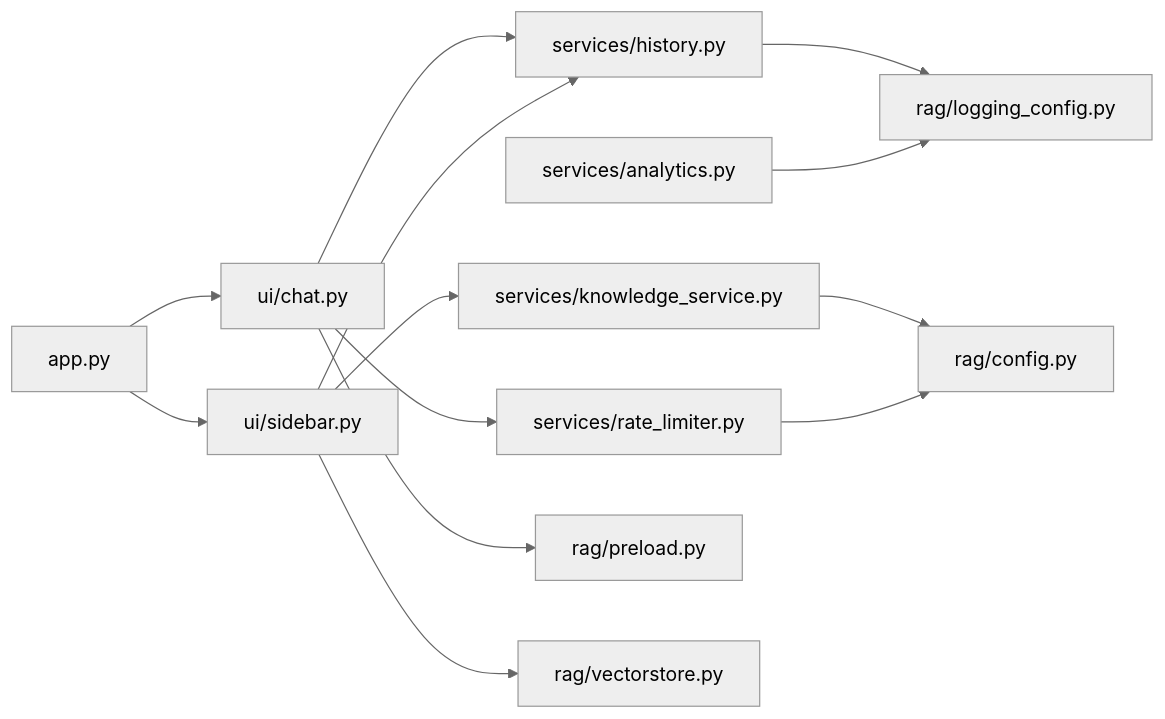
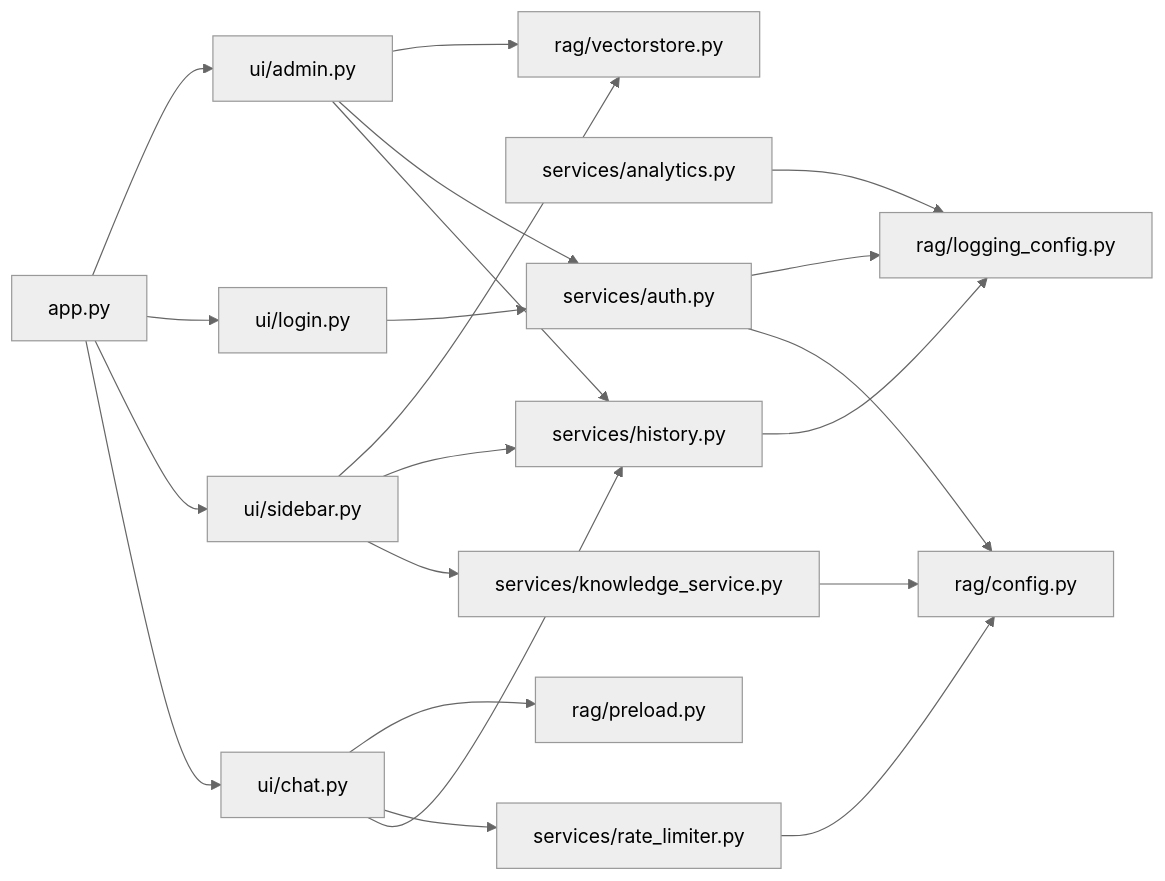
One commit to joyafa/knowledge changed the ninth of 9 diagrams in .qoder/repowiki/zh/content/业务服务层/业务服务层.md. Above: the diagram before and after it, drawn with Mermaid (neutral theme). The commit also changed other lines of this file and 16 other files, not shown here.

````diff
--- a/.qoder/repowiki/zh/content/业务服务层/业务服务层.md
+++ b/.qoder/repowiki/zh/content/业务服务层/业务服务层.md
@@ -346,15 +500,23 @@
 ```mermaid
 graph LR
 SVC_HIS["services/history.py"] --> LOG["rag/logging_config.py"]
 SVC_ANALYTICS["services/analytics.py"] --> LOG
 SVC_KB["services/knowledge_service.py"] --> CFG["rag/config.py"]
 SVC_RATE["services/rate_limiter.py"] --> CFG
+SVC_AUTH["services/auth.py"] --> CFG
+SVC_AUTH --> LOG
 UI_CHAT["ui/chat.py"] --> SVC_HIS
 UI_CHAT --> SVC_RATE
 UI_CHAT --> PRELOAD["rag/preload.py"]
 UI_SIDEBAR["ui/sidebar.py"] --> SVC_KB
 UI_SIDEBAR --> SVC_HIS
 UI_SIDEBAR --> VS["rag/vectorstore.py"]
+UI_LOGIN["ui/login.py"] --> SVC_AUTH
+UI_ADMIN["ui/admin.py"] --> SVC_HIS
+UI_ADMIN --> SVC_AUTH
+UI_ADMIN --> VS
 APP["app.py"] --> UI_CHAT
 APP --> UI_SIDEBAR
+APP --> UI_LOGIN
+APP --> UI_ADMIN
 ```
````
